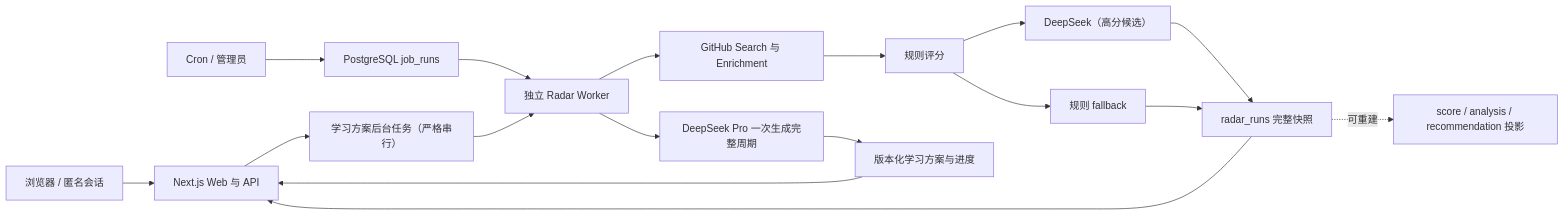
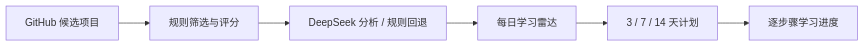
The diagram in README.md (lxy968/github-learning-radar), drawn with Mermaid before and after one commit. The commit also changed other lines of this file, not shown here.

````diff
--- a/README.md
+++ b/README.md
@@ -15,19 +38,8 @@
 ```mermaid
 flowchart LR
-  browser["浏览器 / 匿名会话"] --> web["Next.js Web 与 API"]
-  cron["Cron / 管理员"] --> queue["PostgreSQL job_runs"]
-  queue --> worker["独立 Radar Worker"]
-  worker --> github["GitHub Search 与 Enrichment"]
-  github --> scoring["规则评分"]
-  scoring --> deepseek["DeepSeek（高分候选）"]
-  scoring --> fallback["规则 fallback"]
-  deepseek --> snapshot["radar_runs 完整快照"]
-  fallback --> snapshot
-  snapshot --> web
-  snapshot -.->|可重建| projections["score / analysis / recommendation 投影"]
-  web --> planqueue["学习方案后台任务（严格串行）"]
-  planqueue --> worker
-  worker --> pro["DeepSeek Pro 一次生成完整周期"]
-  pro --> plans["版本化学习方案与进度"]
-  plans --> web
+  github["GitHub 候选项目"] --> rules["规则筛选与评分"]
+  rules --> analysis["DeepSeek 分析 / 规则回退"]
+  analysis --> radar["每日学习雷达"]
+  radar --> plan["3 / 7 / 14 天计划"]
+  plan --> progress["逐步骤学习进度"]
 ```
````
